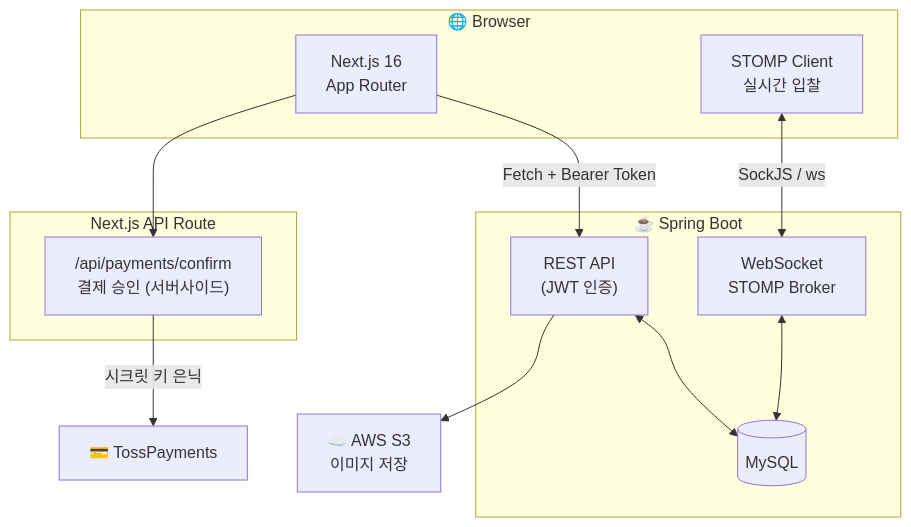
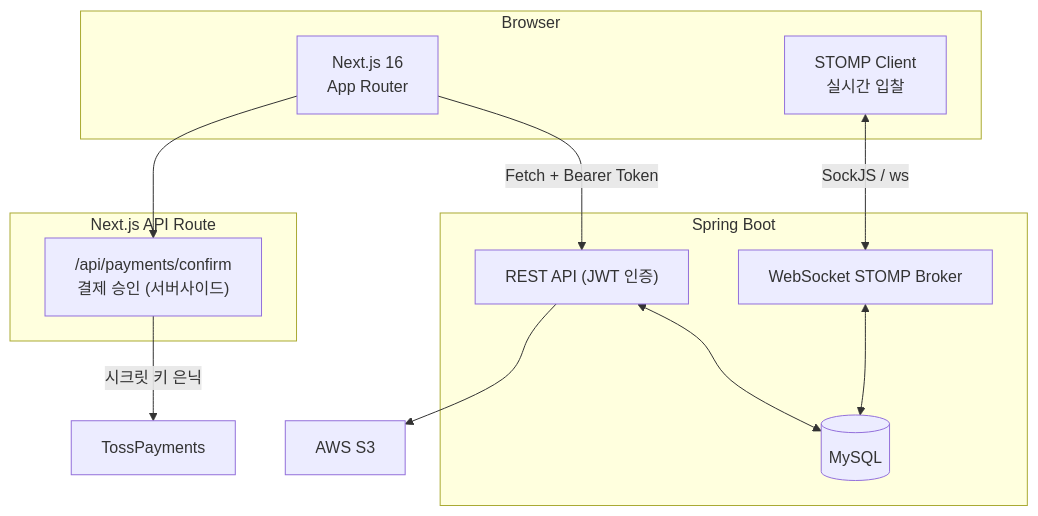
Before and after one commit to kkaengji/bcm-front-repository: the diagram in README.md, drawn with Mermaid. The commit also changed other lines of this file and 9 other files, not shown here.

````diff
--- a/README.md
+++ b/README.md
@@ -21,28 +60,25 @@
 ```mermaid
 flowchart TD
-    subgraph Browser["🌐 Browser"]
+    subgraph Browser["Browser"]
         Next["Next.js 16\nApp Router"]
         STOMP["STOMP Client\n실시간 입찰"]
     end
-
     subgraph NextAPI["Next.js API Route"]
         Confirm["/api/payments/confirm\n결제 승인 (서버사이드)"]
     end
-
-    subgraph Backend["☕ Spring Boot"]
-        REST["REST API\n(JWT 인증)"]
-        WSBroker["WebSocket\nSTOMP Broker"]
+    subgraph Backend["Spring Boot"]
+        REST["REST API (JWT 인증)"]
+        WSBroker["WebSocket STOMP Broker"]
         DB[("MySQL")]
     end
-
-    Toss["💳 TossPayments"]
-    S3["☁️ AWS S3\n이미지 저장"]
+    Toss["TossPayments"]
+    S3["AWS S3"]
 
     Next -->|"Fetch + Bearer Token"| REST
     STOMP <-->|"SockJS / ws"| WSBroker
     Next --> Confirm
     Confirm -->|"시크릿 키 은닉"| Toss
     REST <--> DB
     REST --> S3
     WSBroker <--> DB
 ```
````
